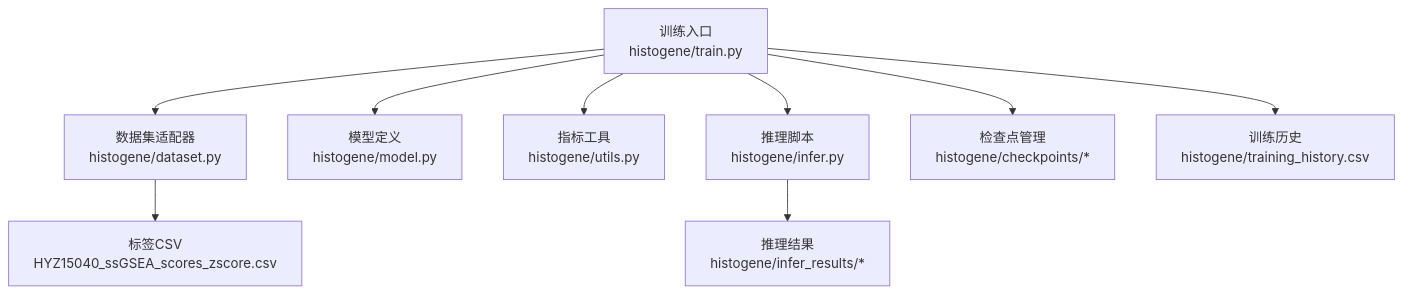
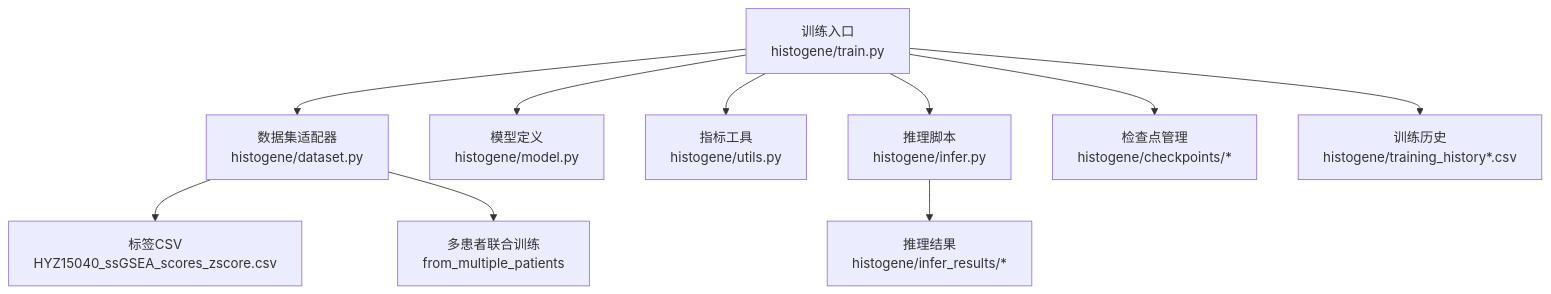
The first of 6 diagrams in .qoder/repowiki/zh/content/训练系统/HisToGene训练流程.md (qzs610038-star/AI-esophagus-cancer-basedon-HF-HT), drawn with Mermaid before and after one commit. The commit also changed other lines of this file and 146 other files, not shown here.

````diff
--- a/.qoder/repowiki/zh/content/训练系统/HisToGene训练流程.md
+++ b/.qoder/repowiki/zh/content/训练系统/HisToGene训练流程.md
@@ -48,11 +55,12 @@
 ```mermaid
 graph TB
 A["训练入口<br/>histogene/train.py"] --> B["数据集适配器<br/>histogene/dataset.py"]
 A --> C["模型定义<br/>histogene/model.py"]
 A --> D["指标工具<br/>histogene/utils.py"]
 A --> E["推理脚本<br/>histogene/infer.py"]
 B --> F["标签CSV<br/>HYZ15040_ssGSEA_scores_zscore.csv"]
-A --> G["检查点管理<br/>histogene/checkpoints/*"]
-A --> H["训练历史<br/>histogene/training_history.csv"]
-E --> I["推理结果<br/>histogene/infer_results/*"]
+B --> G["多患者联合训练<br/>from_multiple_patients"]
+A --> H["检查点管理<br/>histogene/checkpoints/*"]
+A --> I["训练历史<br/>histogene/training_history*.csv"]
+E --> J["推理结果<br/>histogene/infer_results/*"]
 ```
````
